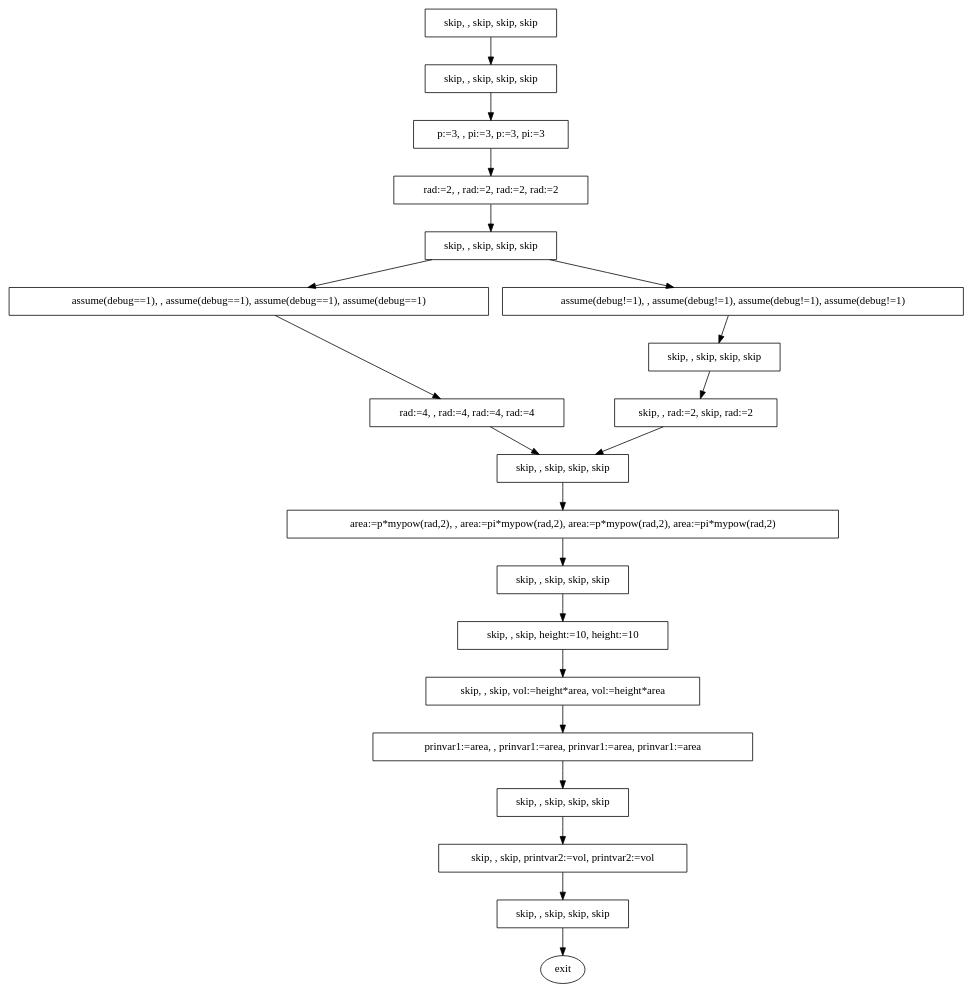
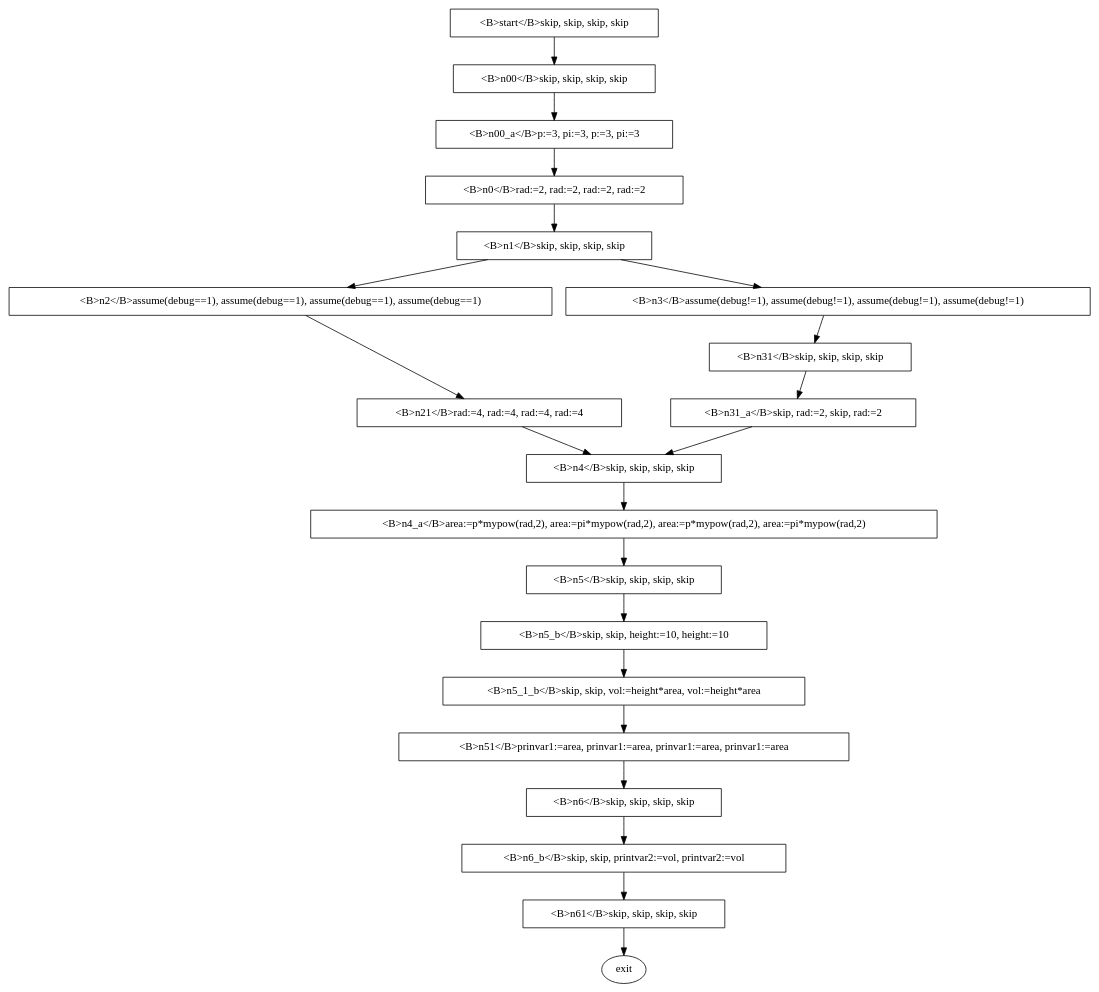
Before and after one commit to marcelosousa/safemerge: the diagram in examples/reps/ex1/t.dot, drawn with Graphviz. The commit also changed 2 other files, not shown here.

```diff
--- a/examples/reps/ex1/t.dot
+++ b/examples/reps/ex1/t.dot
@@ -1,41 +1,41 @@
 digraph product {
-n0 [label="rad:=2, , rad:=2, rad:=2, rad:=2", shape=box]
+n0 [label="<B>n0</B>rad:=2, rad:=2, rad:=2, rad:=2", shape=box]
 n0 -> n1
-n00 [label="skip, , skip, skip, skip", shape=box]
+n00 [label="<B>n00</B>skip, skip, skip, skip", shape=box]
 n00 -> n00_a
-n00_a [label="p:=3, , pi:=3, p:=3, pi:=3", shape=box]
+n00_a [label="<B>n00_a</B>p:=3, pi:=3, p:=3, pi:=3", shape=box]
 n00_a -> n0
-n1 [label="skip, , skip, skip, skip", shape=box]
+n1 [label="<B>n1</B>skip, skip, skip, skip", shape=box]
 n1 -> n2
 n1 -> n3
-n2 [label="assume(debug==1), , assume(debug==1), assume(debug==1), assume(debug==1)", shape=box]
+n2 [label="<B>n2</B>assume(debug==1), assume(debug==1), assume(debug==1), assume(debug==1)", shape=box]
 n2 -> n21
-n21 [label="rad:=4, , rad:=4, rad:=4, rad:=4", shape=box]
+n21 [label="<B>n21</B>rad:=4, rad:=4, rad:=4, rad:=4", shape=box]
 n21 -> n4
-n3 [label="assume(debug!=1), , assume(debug!=1), assume(debug!=1), assume(debug!=1)", shape=box]
+n3 [label="<B>n3</B>assume(debug!=1), assume(debug!=1), assume(debug!=1), assume(debug!=1)", shape=box]
 n3 -> n31
-n31 [label="skip, , skip, skip, skip", shape=box]
+n31 [label="<B>n31</B>skip, skip, skip, skip", shape=box]
 n31 -> n31_a
-n31_a [label="skip, , rad:=2, skip, rad:=2", shape=box]
+n31_a [label="<B>n31_a</B>skip, rad:=2, skip, rad:=2", shape=box]
 n31_a -> n4
-n4 [label="skip, , skip, skip, skip", shape=box]
+n4 [label="<B>n4</B>skip, skip, skip, skip", shape=box]
 n4 -> n4_a
-n4_a [label="area:=p*mypow(rad,2), , area:=pi*mypow(rad,2), area:=p*mypow(rad,2), area:=pi*mypow(rad,2)", shape=box]
+n4_a [label="<B>n4_a</B>area:=p*mypow(rad,2), area:=pi*mypow(rad,2), area:=p*mypow(rad,2), area:=pi*mypow(rad,2)", shape=box]
 n4_a -> n5
-n5 [label="skip, , skip, skip, skip", shape=box]
+n5 [label="<B>n5</B>skip, skip, skip, skip", shape=box]
 n5 -> n5_b
-n51 [label="prinvar1:=area, , prinvar1:=area, prinvar1:=area, prinvar1:=area", shape=box]
+n51 [label="<B>n51</B>prinvar1:=area, prinvar1:=area, prinvar1:=area, prinvar1:=area", shape=box]
 n51 -> n6
-n5_1_b [label="skip, , skip, vol:=height*area, vol:=height*area", shape=box]
+n5_1_b [label="<B>n5_1_b</B>skip, skip, vol:=height*area, vol:=height*area", shape=box]
 n5_1_b -> n51
-n5_b [label="skip, , skip, height:=10, height:=10", shape=box]
+n5_b [label="<B>n5_b</B>skip, skip, height:=10, height:=10", shape=box]
 n5_b -> n5_1_b
-n6 [label="skip, , skip, skip, skip", shape=box]
+n6 [label="<B>n6</B>skip, skip, skip, skip", shape=box]
 n6 -> n6_b
-n61 [label="skip, , skip, skip, skip", shape=box]
+n61 [label="<B>n61</B>skip, skip, skip, skip", shape=box]
 n61 -> exit
-n6_b [label="skip, , skip, printvar2:=vol, printvar2:=vol", shape=box]
+n6_b [label="<B>n6_b</B>skip, skip, printvar2:=vol, printvar2:=vol", shape=box]
 n6_b -> n61
-start [label="skip, , skip, skip, skip", shape=box]
+start [label="<B>start</B>skip, skip, skip, skip", shape=box]
 start -> n00
 }
```
